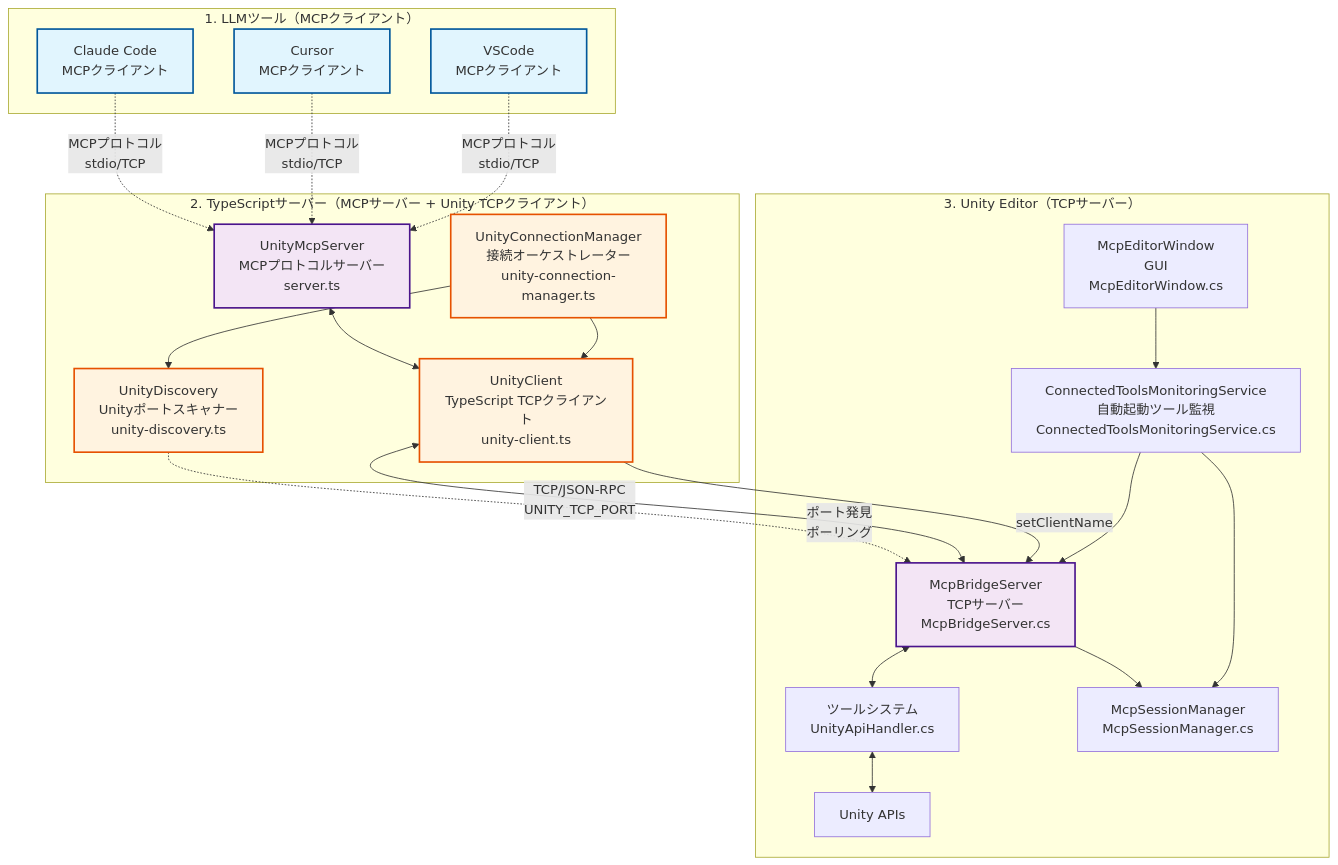
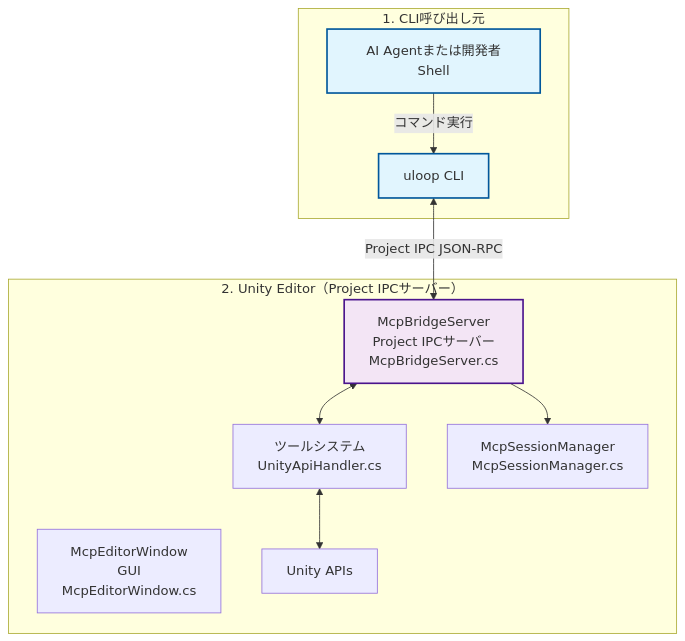
The first of 7 diagrams in Packages/docs/ARCHITECTURE_Unity_ja.md (hatayama/uLoopMCP), drawn with Mermaid before and after one commit. The commit also changed other lines of this file and 38 other files, not shown here.

First line of the commit message:
Remove MCP client display and notifications

````diff
--- a/Packages/docs/ARCHITECTURE_Unity_ja.md
+++ b/Packages/docs/ARCHITECTURE_Unity_ja.md
@@ -9,49 +9,28 @@
 ```mermaid
 graph TB
-    subgraph "1. LLMツール（MCPクライアント）"
-        Claude[Claude Code<br/>MCPクライアント]
-        Cursor[Cursor<br/>MCPクライアント]
-        VSCode[VSCode<br/>MCPクライアント]
+    subgraph "1. CLI呼び出し元"
+        Agent[AI Agentまたは開発者Shell]
+        CLI[uloop CLI]
     end
     
-    subgraph "2. TypeScriptサーバー（MCPサーバー + Unity TCPクライアント）"
-        MCP[UnityMcpServer<br/>MCPプロトコルサーバー<br/>server.ts]
-        UC[UnityClient<br/>TypeScript TCPクライアント<br/>unity-client.ts]
-        UCM[UnityConnectionManager<br/>接続オーケストレーター<br/>unity-connection-manager.ts]
-        UD[UnityDiscovery<br/>Unityポートスキャナー<br/>unity-discovery.ts]
-    end
-    
-    subgraph "3. Unity Editor（TCPサーバー）"
-        MB[McpBridgeServer<br/>TCPサーバー<br/>McpBridgeServer.cs]
+    subgraph "2. Unity Editor（Project IPCサーバー）"
+        MB[McpBridgeServer<br/>Project IPCサーバー<br/>McpBridgeServer.cs]
         CMD[ツールシステム<br/>UnityApiHandler.cs]
         UI[McpEditorWindow<br/>GUI<br/>McpEditorWindow.cs]
-        CTMS[ConnectedToolsMonitoringService<br/>自動起動ツール監視<br/>ConnectedToolsMonitoringService.cs]
         API[Unity APIs]
         SM[McpSessionManager<br/>McpSessionManager.cs]
     end
     
-    Claude -.->|MCPプロトコル<br/>stdio/TCP| MCP
-    Cursor -.->|MCPプロトコル<br/>stdio/TCP| MCP
-    VSCode -.->|MCPプロトコル<br/>stdio/TCP| MCP
-    
-    MCP <--> UC
-    UCM --> UC
-    UCM --> UD
-    UD -.->|ポート発見<br/>ポーリング| MB
-    UC <-->|TCP/JSON-RPC<br/>UNITY_TCP_PORT| MB
-    UC -->|setClientName| MB
+    Agent -->|コマンド実行| CLI
+    CLI <-->|Project IPC JSON-RPC| MB
     MB <--> CMD
     CMD <--> API
-    UI --> CTMS
-    CTMS --> MB
     MB --> SM
-    CTMS --> SM
     
     classDef client fill:#e1f5fe,stroke:#01579b,stroke-width:2px
     classDef server fill:#f3e5f5,stroke:#4a148c,stroke-width:2px
     classDef bridge fill:#fff3e0,stroke:#e65100,stroke-width:2px
     
-    class Claude,Cursor,VSCode client
-    class MCP,MB server
-    class UC,UD,UCM bridge
+    class Agent,CLI client
+    class MB server
 ```
````
